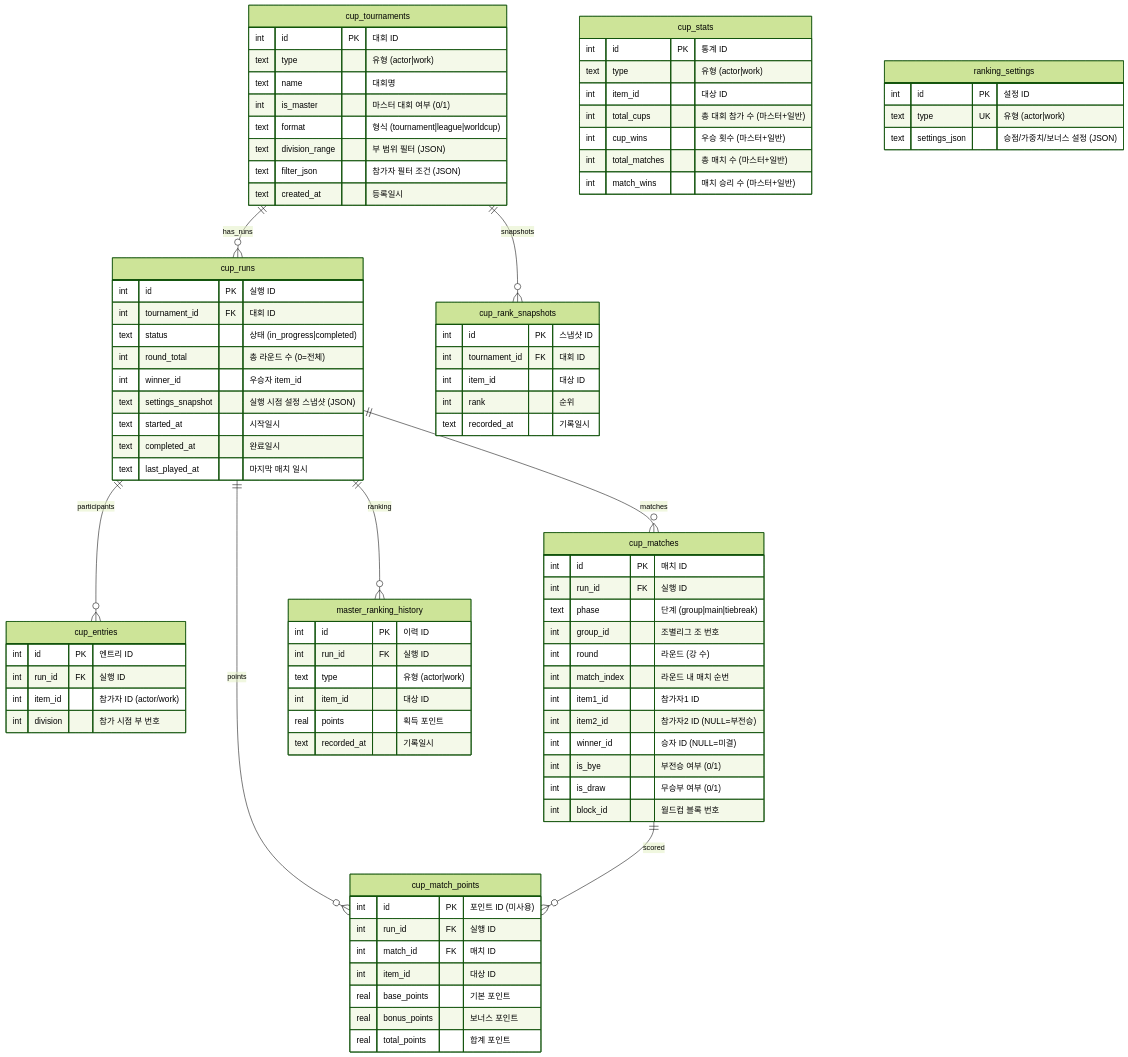
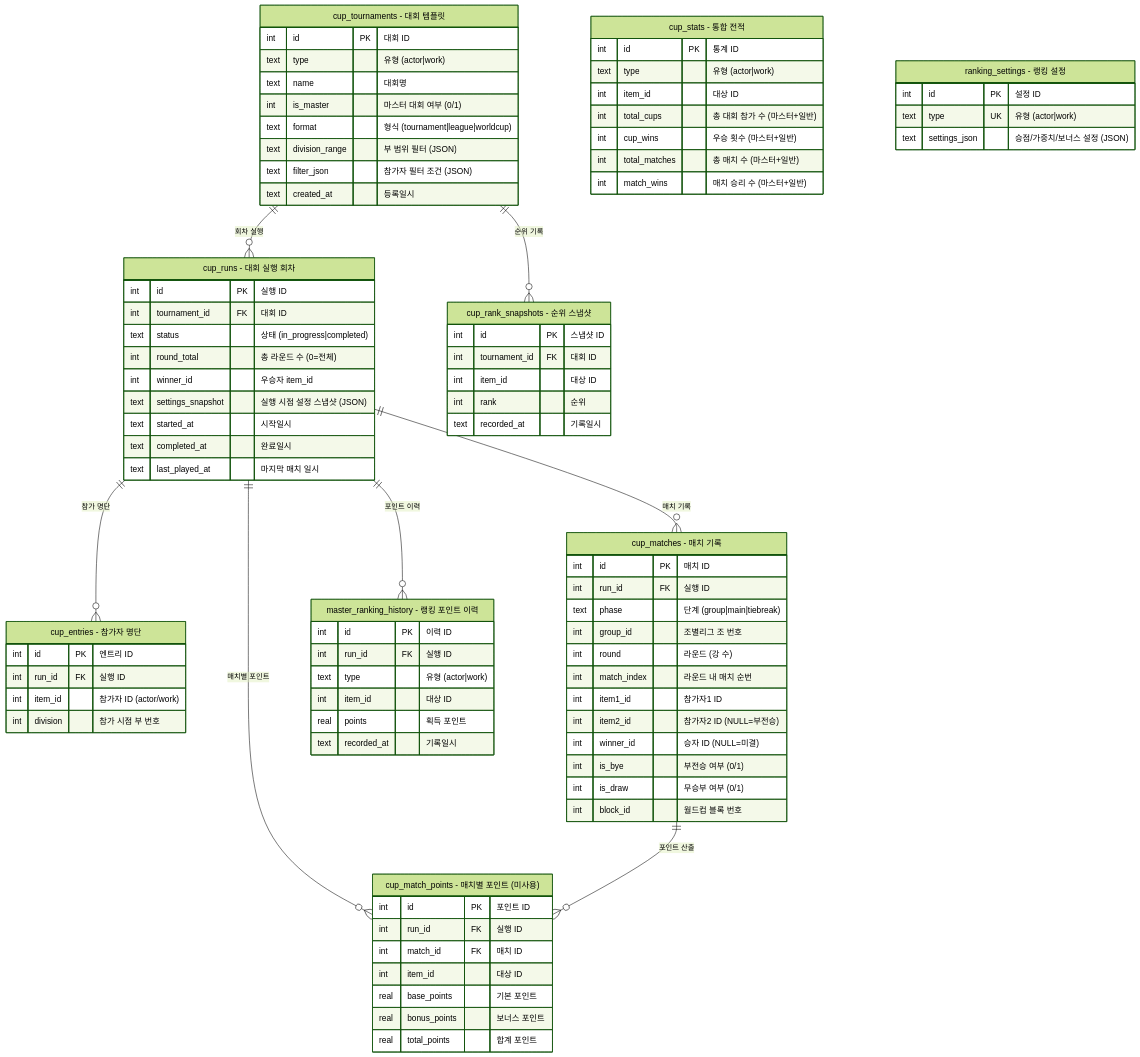
One commit to swimbird84/amng changed the diagram in erd/cup.md. Above: the diagram before and after it, drawn with Mermaid (forest theme). The commit also changed 5 other files, not shown here.

Commit message:
docs: ERD 테이블/관계 한글 설명 추가 및 overview 추가

````diff
--- a/erd/cup.md
+++ b/erd/cup.md
@@ -3,6 +3,6 @@
 ```mermaid
 erDiagram
-    cup_tournaments {
+    cup_tournaments["cup_tournaments - 대회 템플릿"] {
         int id PK "대회 ID"
         text type "유형 (actor|work)"
         text name "대회명"
@@ -12,7 +12,7 @@
         text filter_json "참가자 필터 조건 (JSON)"
         text created_at "등록일시"
     }
-    cup_runs {
+    cup_runs["cup_runs - 대회 실행 회차"] {
         int id PK "실행 ID"
         int tournament_id FK "대회 ID"
         text status "상태 (in_progress|completed)"
@@ -23,13 +23,13 @@
         text completed_at "완료일시"
         text last_played_at "마지막 매치 일시"
     }
-    cup_entries {
+    cup_entries["cup_entries - 참가자 명단"] {
         int id PK "엔트리 ID"
         int run_id FK "실행 ID"
         int item_id "참가자 ID (actor/work)"
         int division "참가 시점 부 번호"
     }
-    cup_matches {
+    cup_matches["cup_matches - 매치 기록"] {
         int id PK "매치 ID"
         int run_id FK "실행 ID"
         text phase "단계 (group|main|tiebreak)"
@@ -43,7 +43,7 @@
         int is_draw "무승부 여부 (0/1)"
         int block_id "월드컵 블록 번호"
     }
-    cup_stats {
+    cup_stats["cup_stats - 통합 전적"] {
         int id PK "통계 ID"
         text type "유형 (actor|work)"
         int item_id "대상 ID"
@@ -52,8 +52,8 @@
         int total_matches "총 매치 수 (마스터+일반)"
         int match_wins "매치 승리 수 (마스터+일반)"
     }
-    cup_match_points {
-        int id PK "포인트 ID (미사용)"
+    cup_match_points["cup_match_points - 매치별 포인트 (미사용)"] {
+        int id PK "포인트 ID"
         int run_id FK "실행 ID"
         int match_id FK "매치 ID"
         int item_id "대상 ID"
@@ -61,7 +61,7 @@
         real bonus_points "보너스 포인트"
         real total_points "합계 포인트"
     }
-    master_ranking_history {
+    master_ranking_history["master_ranking_history - 랭킹 포인트 이력"] {
         int id PK "이력 ID"
         int run_id FK "실행 ID"
         text type "유형 (actor|work)"
@@ -69,12 +69,12 @@
         real points "획득 포인트"
         text recorded_at "기록일시"
     }
-    ranking_settings {
+    ranking_settings["ranking_settings - 랭킹 설정"] {
         int id PK "설정 ID"
         text type UK "유형 (actor|work)"
         text settings_json "승점/가중치/보너스 설정 (JSON)"
     }
-    cup_rank_snapshots {
+    cup_rank_snapshots["cup_rank_snapshots - 순위 스냅샷"] {
         int id PK "스냅샷 ID"
         int tournament_id FK "대회 ID"
         int item_id "대상 ID"
@@ -82,11 +82,11 @@
         text recorded_at "기록일시"
     }
 
-    cup_tournaments ||--o{ cup_runs : "has_runs"
-    cup_tournaments ||--o{ cup_rank_snapshots : "snapshots"
-    cup_runs ||--o{ cup_entries : "participants"
-    cup_runs ||--o{ cup_matches : "matches"
-    cup_runs ||--o{ cup_match_points : "points"
-    cup_runs ||--o{ master_ranking_history : "ranking"
-    cup_matches ||--o{ cup_match_points : "scored"
+    cup_tournaments ||--o{ cup_runs : "회차 실행"
+    cup_tournaments ||--o{ cup_rank_snapshots : "순위 기록"
+    cup_runs ||--o{ cup_entries : "참가 명단"
+    cup_runs ||--o{ cup_matches : "매치 기록"
+    cup_runs ||--o{ cup_match_points : "매치별 포인트"
+    cup_runs ||--o{ master_ranking_history : "포인트 이력"
+    cup_matches ||--o{ cup_match_points : "포인트 산출"
 ```
````
